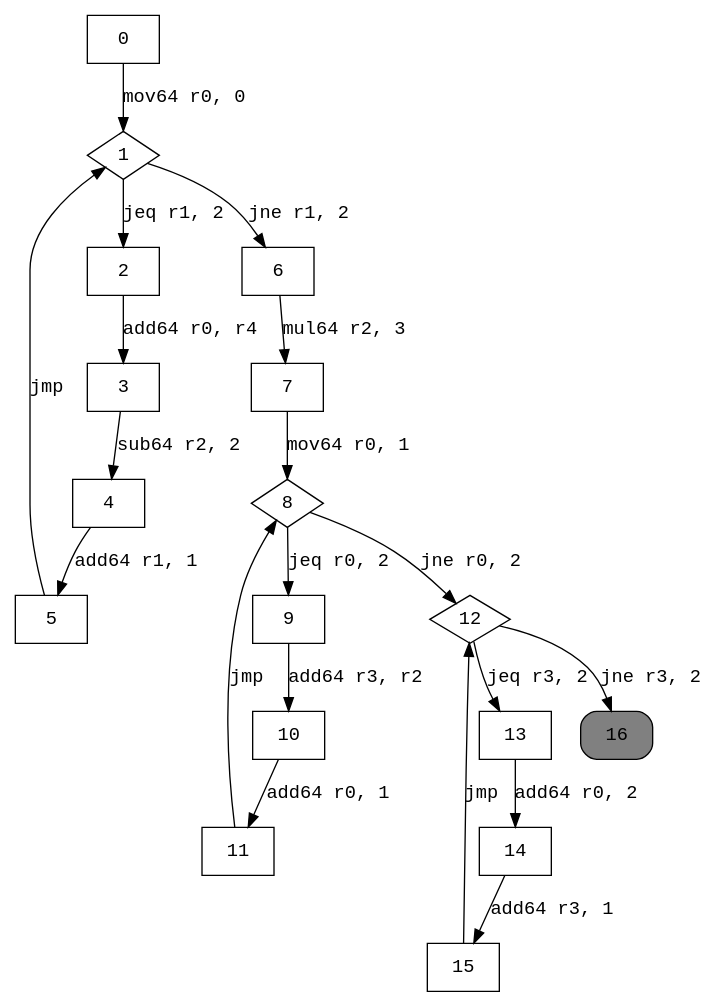
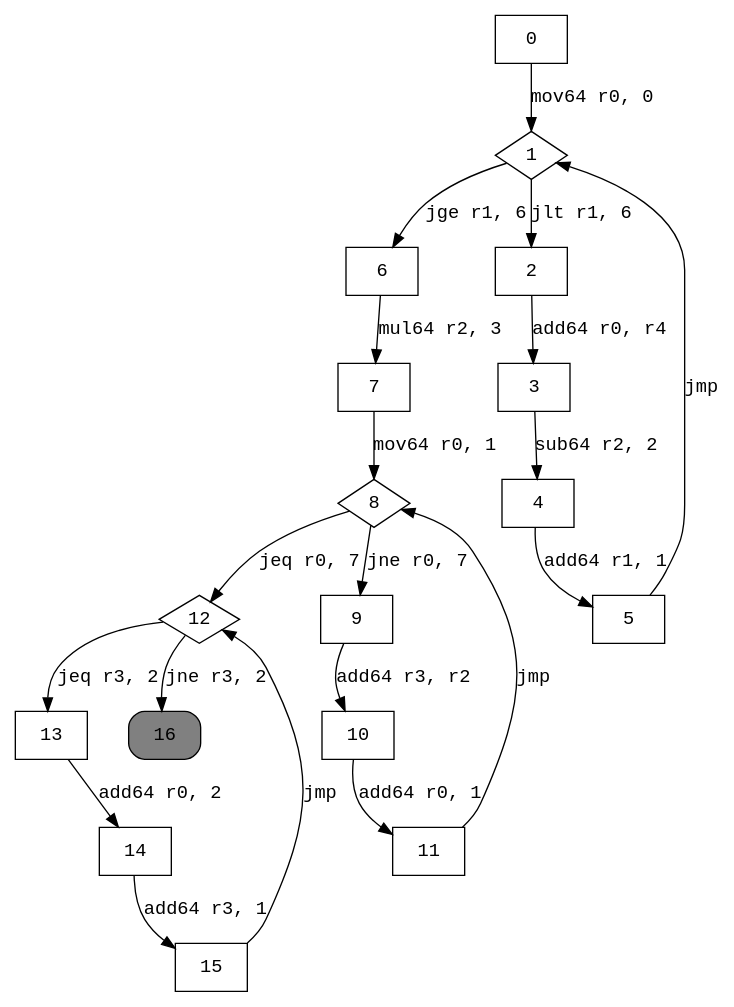
The diagram in graphs/seqWhiles.dot (XicoCorreia/InformationFlowAnalysisEbpf), drawn with Graphviz before and after one commit. The commit also changed 2 other files, not shown here.

```diff
--- a/graphs/seqWhiles.dot
+++ b/graphs/seqWhiles.dot
@@ -1,28 +1,28 @@
 digraph cfg { 
 node [fontname="monospace"];
 node [shape=box];
 edge [fontname="monospace"];
   0 -> 1 [label="mov64 r0, 0"];
-  1 -> 2 [label="jeq r1, 2"];
-  1 -> 6 [label="jne r1, 2"];
+  1 -> 6 [label="jge r1, 6"];
+  1 -> 2 [label="jlt r1, 6"];
   2 -> 3 [label="add64 r0, r4"];
   3 -> 4 [label="sub64 r2, 2"];
   4 -> 5 [label="add64 r1, 1"];
   5 -> 1 [label="jmp"];
   6 -> 7 [label="mul64 r2, 3"];
   7 -> 8 [label="mov64 r0, 1"];
-  8 -> 9 [label="jeq r0, 2"];
-  8 -> 12 [label="jne r0, 2"];
+  8 -> 12 [label="jeq r0, 7"];
+  8 -> 9 [label="jne r0, 7"];
   9 -> 10 [label="add64 r3, r2"];
   10 -> 11 [label="add64 r0, 1"];
   11 -> 8 [label="jmp"];
   12 -> 13 [label="jeq r3, 2"];
   12 -> 16 [label="jne r3, 2"];
   13 -> 14 [label="add64 r0, 2"];
   14 -> 15 [label="add64 r3, 1"];
   15 -> 12 [label="jmp"];
 1 [shape=diamond];
 8 [shape=diamond];
 12 [shape=diamond];
 16 [style="rounded,filled",fillcolor=grey];
 }
```
